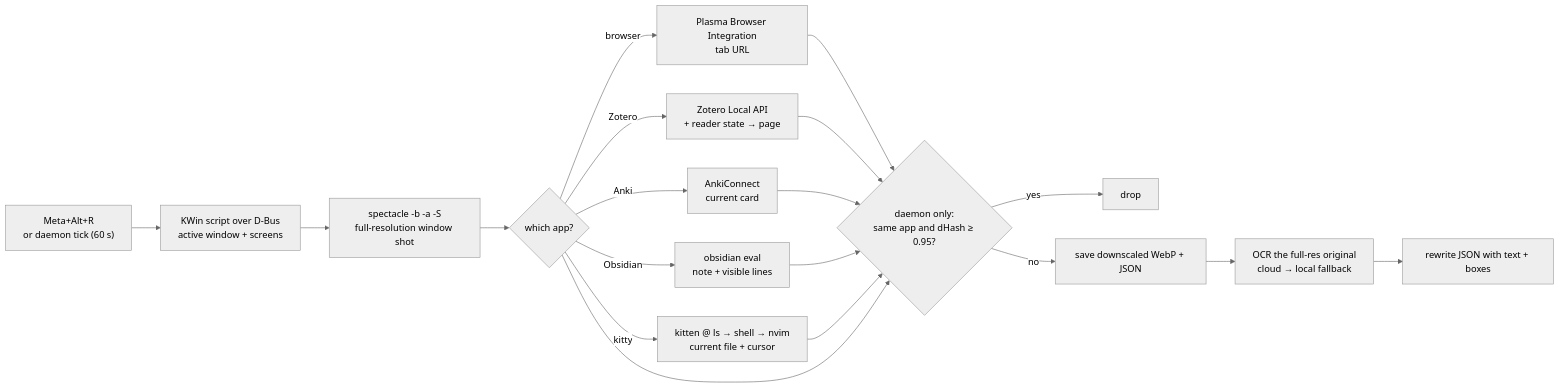
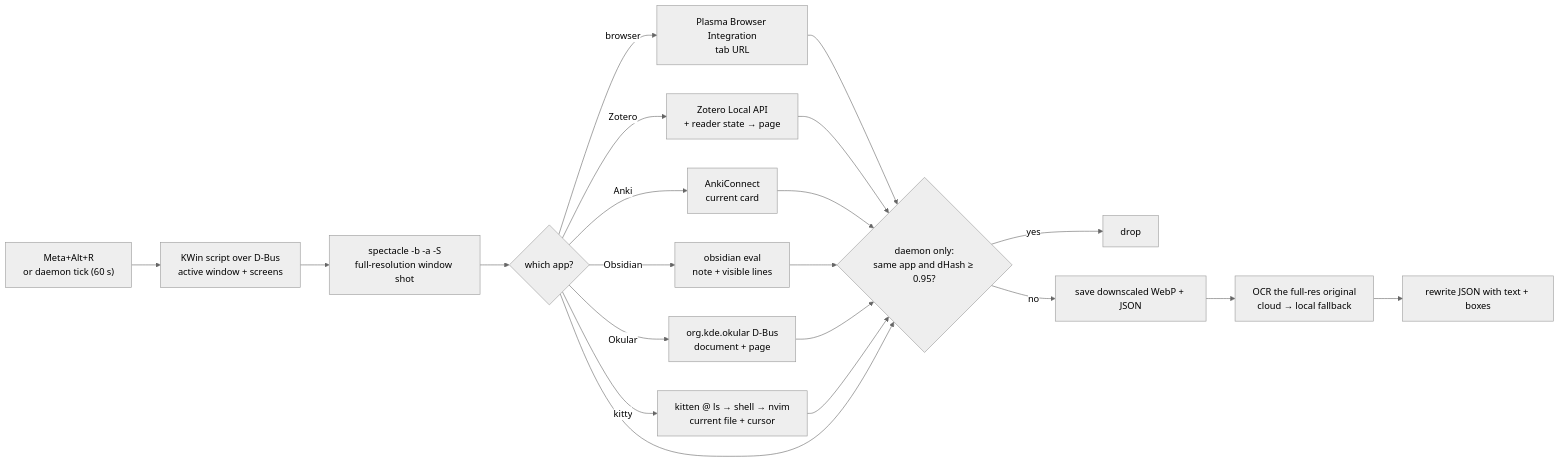
The diagram in README.md (junyixu/linux_recall), drawn with Mermaid (neutral theme) before and after one commit. The commit also changed other lines of this file and 5 other files, not shown here.

First line of the commit message:
feat(apps): add Okular document and page context

````diff
--- a/README.md
+++ b/README.md
@@ -131,16 +132,17 @@
 ```mermaid
 flowchart LR
     T["Meta+Alt+R<br/>or daemon tick (60 s)"] --> K["KWin script over D-Bus<br/>active window + screens"]
     K --> S["spectacle -b -a -S<br/>full-resolution window shot"]
     S --> C{"which app?"}
     C -->|browser| B["Plasma Browser Integration<br/>tab URL"]
     C -->|Zotero| Z["Zotero Local API<br/>+ reader state → page"]
     C -->|Anki| A["AnkiConnect<br/>current card"]
     C -->|Obsidian| M["obsidian eval<br/>note + visible lines"]
+    C -->|Okular| P["org.kde.okular D-Bus<br/>document + page"]
     C -->|kitty| N["kitten @ ls → shell → nvim<br/>current file + cursor"]
-    B & Z & A & M & N & C --> D{"daemon only:<br/>same app and dHash ≥ 0.95?"}
+    B & Z & A & M & P & N & C --> D{"daemon only:<br/>same app and dHash ≥ 0.95?"}
     D -->|yes| X["drop"]
     D -->|no| W["save downscaled WebP + JSON"]
     W --> O["OCR the full-res original<br/>cloud → local fallback"]
     O --> J["rewrite JSON with text + boxes"]
 ```
````
